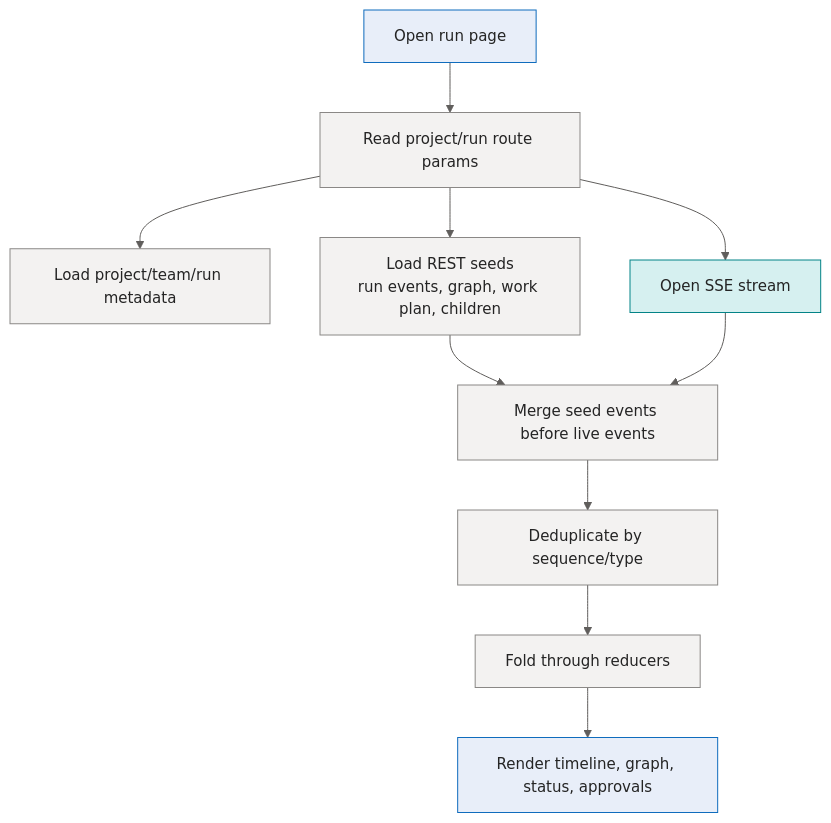
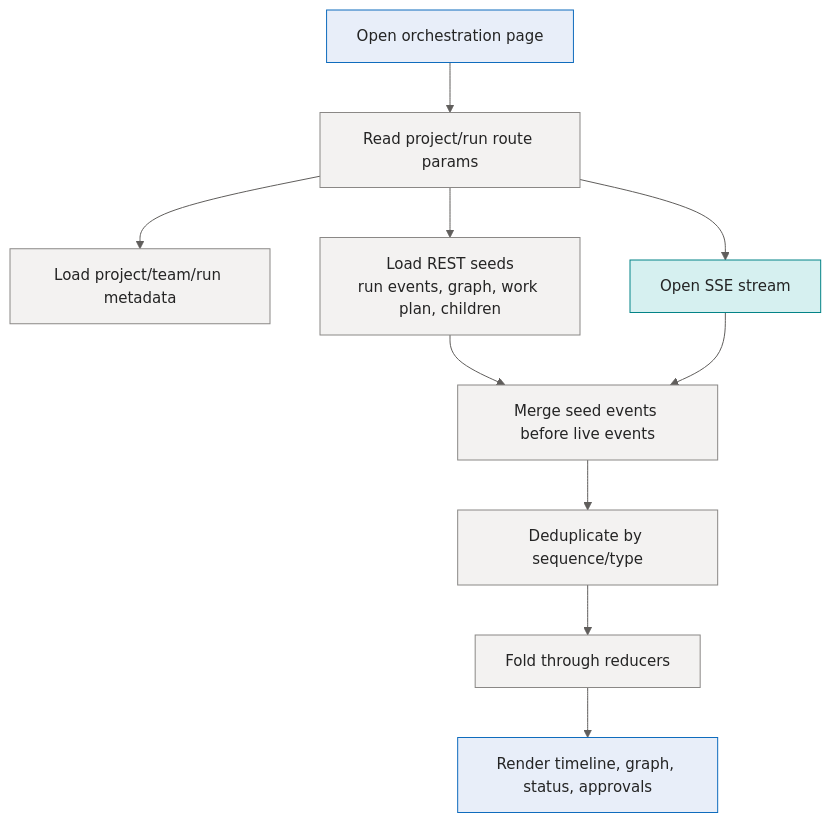
Before and after one commit to sabbour/agentweaver: the sixth of 7 diagrams in docs/deep-dive/frontend.md, drawn with Mermaid. The commit also changed other lines of this file and 177 other files, not shown here.

````diff
--- a/docs/deep-dive/frontend.md
+++ b/docs/deep-dive/frontend.md
@@ -429,25 +429,25 @@
 ```mermaid
 %%{init: {'theme':'base','themeVariables':{'fontFamily':'Segoe UI, system-ui, -apple-system, sans-serif','fontSize':'15px','primaryColor':'#E8EEF9','primaryBorderColor':'#0F6CBD','primaryTextColor':'#242424','lineColor':'#605E5C','clusterBkg':'#FAF9F8','clusterBorder':'#D2D0CE','edgeLabelBackground':'#FFFFFF'}}}%%
 flowchart TD
-    Open[Open run page] --> Params[Read project/run route params]
+    Open[Open orchestration page] --> Params[Read project/run route params]
     Params --> Metadata[Load project/team/run metadata]
     Params --> Seeds[Load REST seeds\nrun events, graph, work plan, children]
     Params --> Stream[Open SSE stream]
     Seeds --> Merge[Merge seed events before live events]
     Stream --> Merge
     Merge --> Dedupe[Deduplicate by sequence/type]
     Dedupe --> Fold[Fold through reducers]
     Fold --> UI[Render timeline, graph, status, approvals]
 
     classDef client fill:#E8EEF9,stroke:#0F6CBD,stroke-width:1px,color:#242424;
     classDef svc fill:#F3F2F1,stroke:#8A8886,stroke-width:1px,color:#242424;
     classDef core fill:#CFE4FA,stroke:#0F6CBD,stroke-width:2px,color:#242424;
     classDef data fill:#FFF4CE,stroke:#C19C00,stroke-width:1px,color:#242424;
     classDef ext fill:#F0E8F8,stroke:#8764B8,stroke-width:1px,color:#242424;
     classDef runtime fill:#DDF3DD,stroke:#107C10,stroke-width:1px,color:#242424;
     classDef evt fill:#D6F0F0,stroke:#038387,stroke-width:1px,color:#242424;
 
     class Open,UI client;
     class Params,Metadata,Seeds,Merge,Dedupe,Fold svc;
     class Stream evt;
 ```
````
